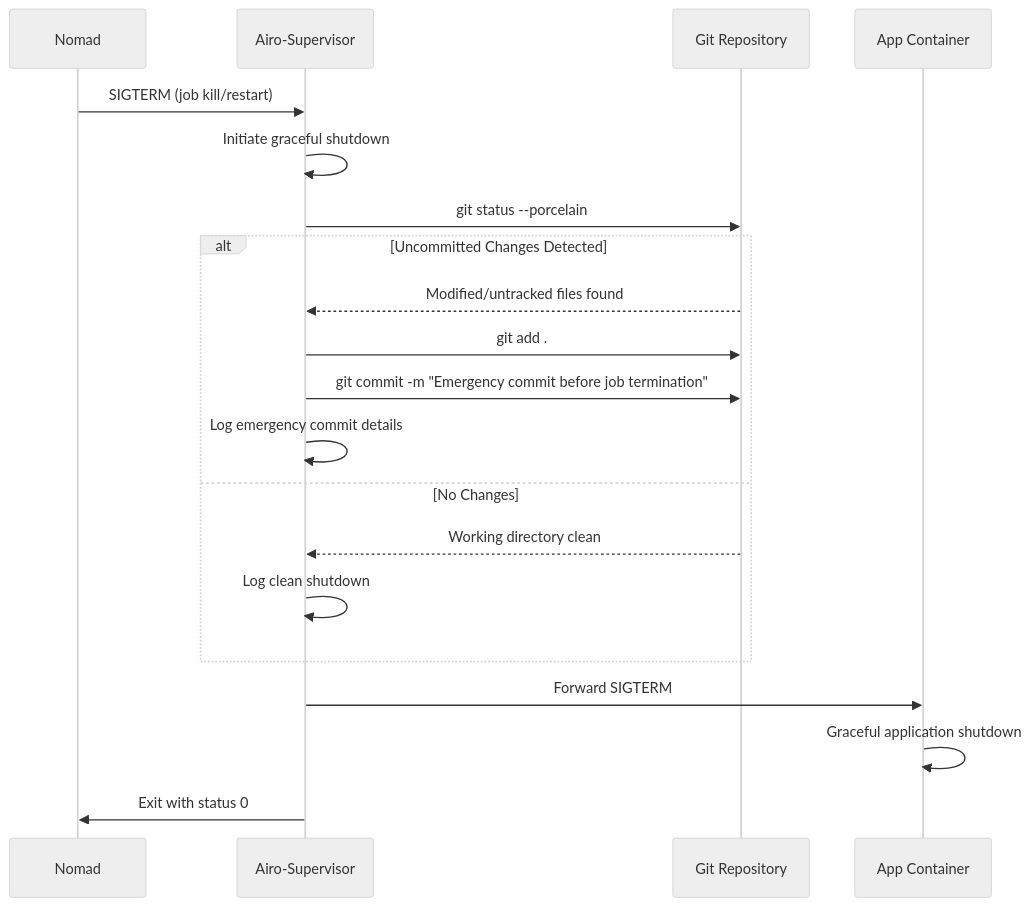
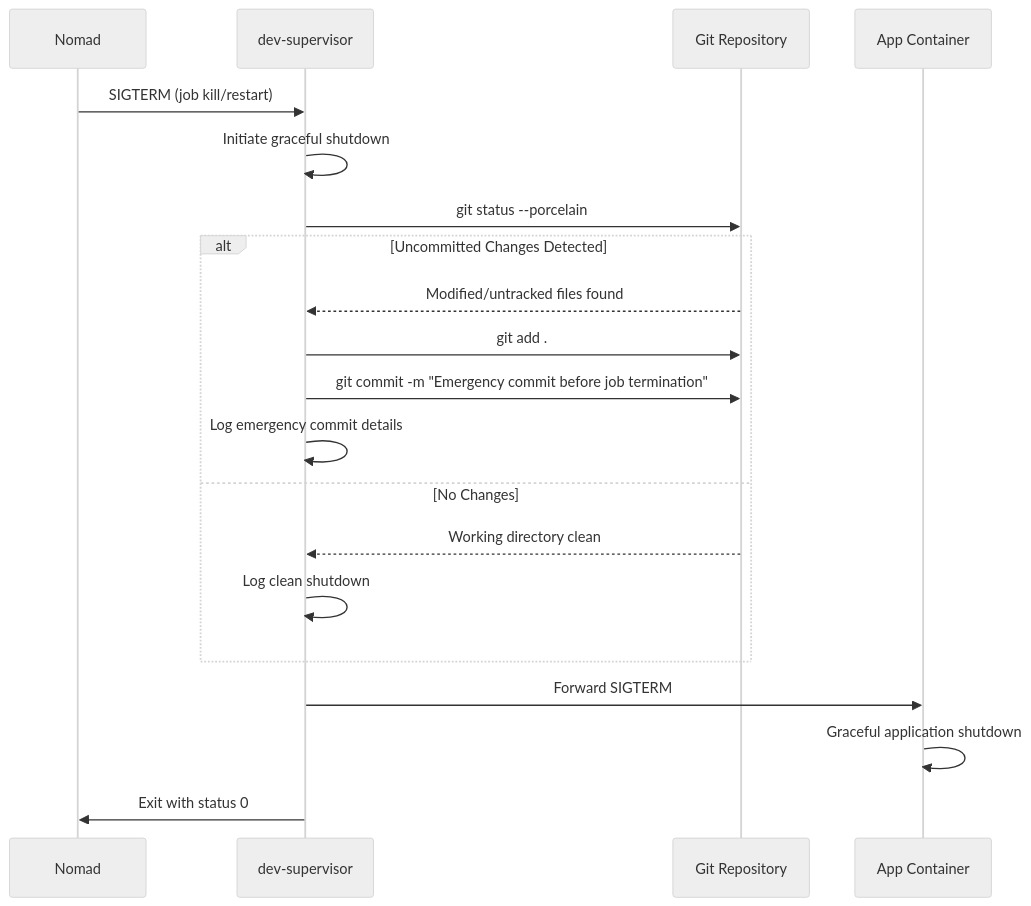
Before and after one commit to hsharif-godaddy/hackathon2026: the fifth of 5 diagrams in docs/persistent-storage-architecture.md, drawn with Mermaid (neutral theme). The commit also changed other lines of this file and 110 other files, not shown here.

````diff
--- a/docs/persistent-storage-architecture.md
+++ b/docs/persistent-storage-architecture.md
@@ -353,25 +353,25 @@
 ```mermaid
 sequenceDiagram
     participant Nomad
-    participant AiroSupervisor as Airo-Supervisor
+    participant DevSupervisor as dev-supervisor
     participant GitRepo as Git Repository
     participant Container as App Container
 
-    Nomad->>AiroSupervisor: SIGTERM (job kill/restart)
-    AiroSupervisor->>AiroSupervisor: Initiate graceful shutdown
-    AiroSupervisor->>GitRepo: git status --porcelain
+    Nomad->>DevSupervisor: SIGTERM (job kill/restart)
+    DevSupervisor->>DevSupervisor: Initiate graceful shutdown
+    DevSupervisor->>GitRepo: git status --porcelain
 
     alt Uncommitted Changes Detected
-        GitRepo-->>AiroSupervisor: Modified/untracked files found
-        AiroSupervisor->>GitRepo: git add .
-        AiroSupervisor->>GitRepo: git commit -m "Emergency commit before job termination"
-        AiroSupervisor->>AiroSupervisor: Log emergency commit details
+        GitRepo-->>DevSupervisor: Modified/untracked files found
+        DevSupervisor->>GitRepo: git add .
+        DevSupervisor->>GitRepo: git commit -m "Emergency commit before job termination"
+        DevSupervisor->>DevSupervisor: Log emergency commit details
     else No Changes
-        GitRepo-->>AiroSupervisor: Working directory clean
-        AiroSupervisor->>AiroSupervisor: Log clean shutdown
+        GitRepo-->>DevSupervisor: Working directory clean
+        DevSupervisor->>DevSupervisor: Log clean shutdown
     end
 
-    AiroSupervisor->>Container: Forward SIGTERM
+    DevSupervisor->>Container: Forward SIGTERM
     Container->>Container: Graceful application shutdown
-    AiroSupervisor->>Nomad: Exit with status 0
+    DevSupervisor->>Nomad: Exit with status 0
 ```
````
